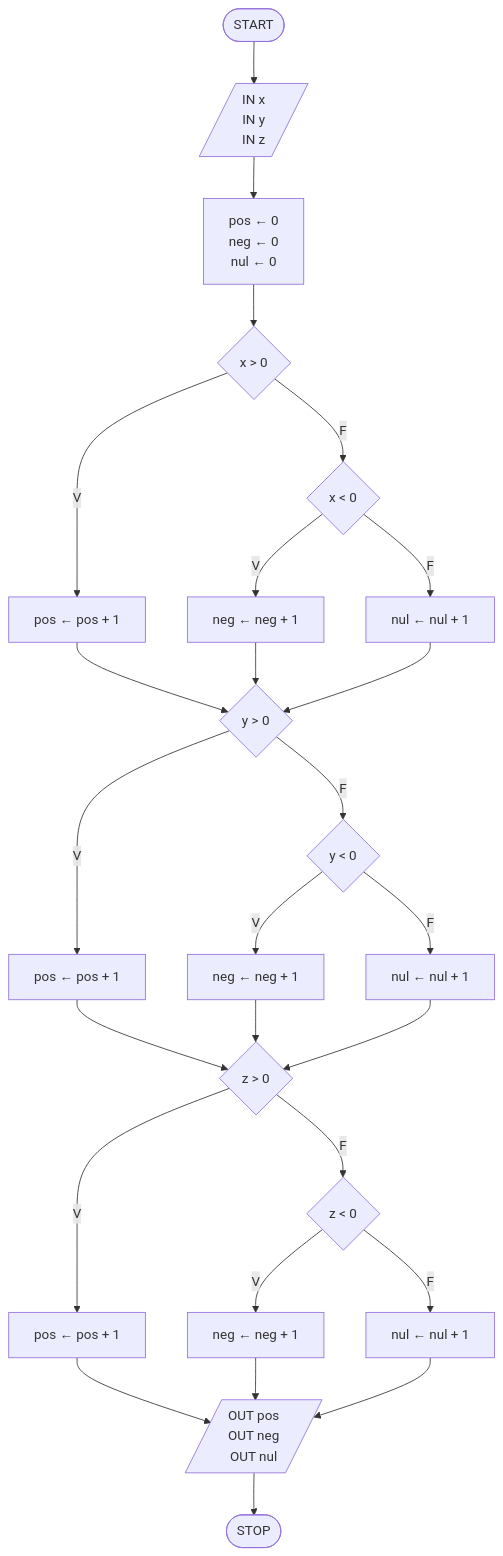
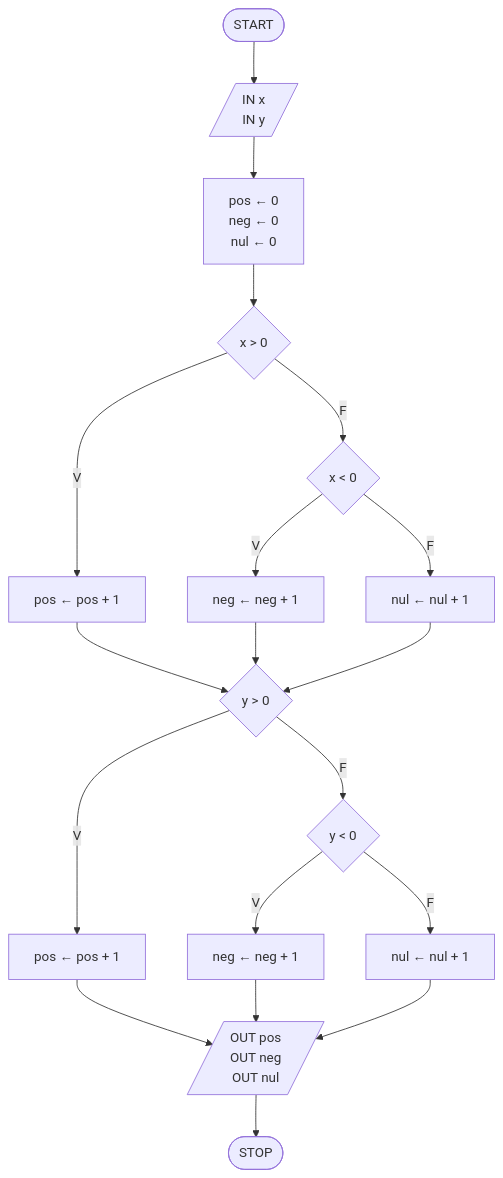
One commit to pg-laboratorio/flowcharts_laboratorio_esercizi changed the tenth of 28 diagrams in flowcharts_soluzioni.md. Above: the diagram before and after it, drawn with Mermaid. The commit also changed other lines of this file, not shown here.

````diff
--- a/flowcharts_soluzioni.md
+++ b/flowcharts_soluzioni.md
@@ -208,28 +204,21 @@
 ```mermaid
 graph TD
-    START([START]) --> INPUT[/"IN x<br>IN y<br>IN z"/]
+    START([START]) --> INPUT[/"IN x<br>IN y"/]
     INPUT --> INIT["pos ← 0<br>neg ← 0<br>nul ← 0"]
     INIT --> CX1{"x > 0"}
     CX1 -- V --> PX["pos ← pos + 1"]
     CX1 -- F --> CX2{"x < 0"}
     CX2 -- V --> NX["neg ← neg + 1"]
     CX2 -- F --> ZX["nul ← nul + 1"]
     PX --> CY1{"y > 0"}
     NX --> CY1
     ZX --> CY1
     CY1 -- V --> PY["pos ← pos + 1"]
     CY1 -- F --> CY2{"y < 0"}
     CY2 -- V --> NY["neg ← neg + 1"]
     CY2 -- F --> ZY["nul ← nul + 1"]
-    PY --> CZ1{"z > 0"}
-    NY --> CZ1
-    ZY --> CZ1
-    CZ1 -- V --> PZ["pos ← pos + 1"]
-    CZ1 -- F --> CZ2{"z < 0"}
-    CZ2 -- V --> NZ["neg ← neg + 1"]
-    CZ2 -- F --> ZZ["nul ← nul + 1"]
-    PZ --> OUTPUT[/"OUT pos<br>OUT neg<br>OUT nul"/]
-    NZ --> OUTPUT
-    ZZ --> OUTPUT
+    PY --> OUTPUT[/"OUT pos<br>OUT neg<br>OUT nul"/]
+    NY --> OUTPUT
+    ZY --> OUTPUT
     OUTPUT --> STOP([STOP])
 ```
````
